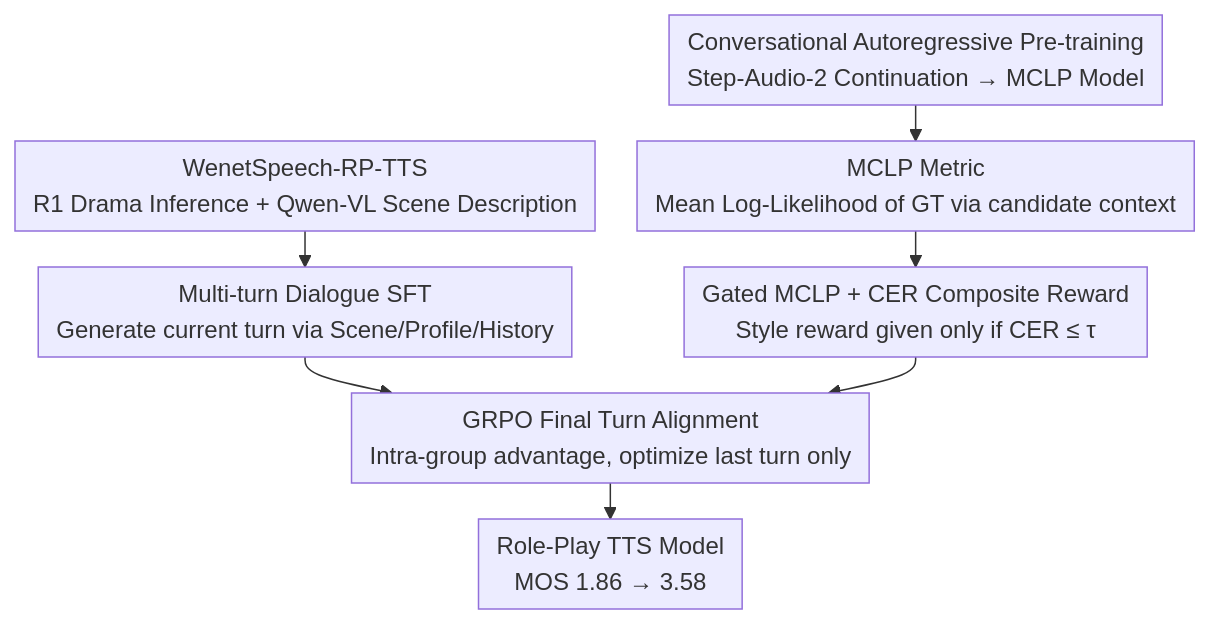
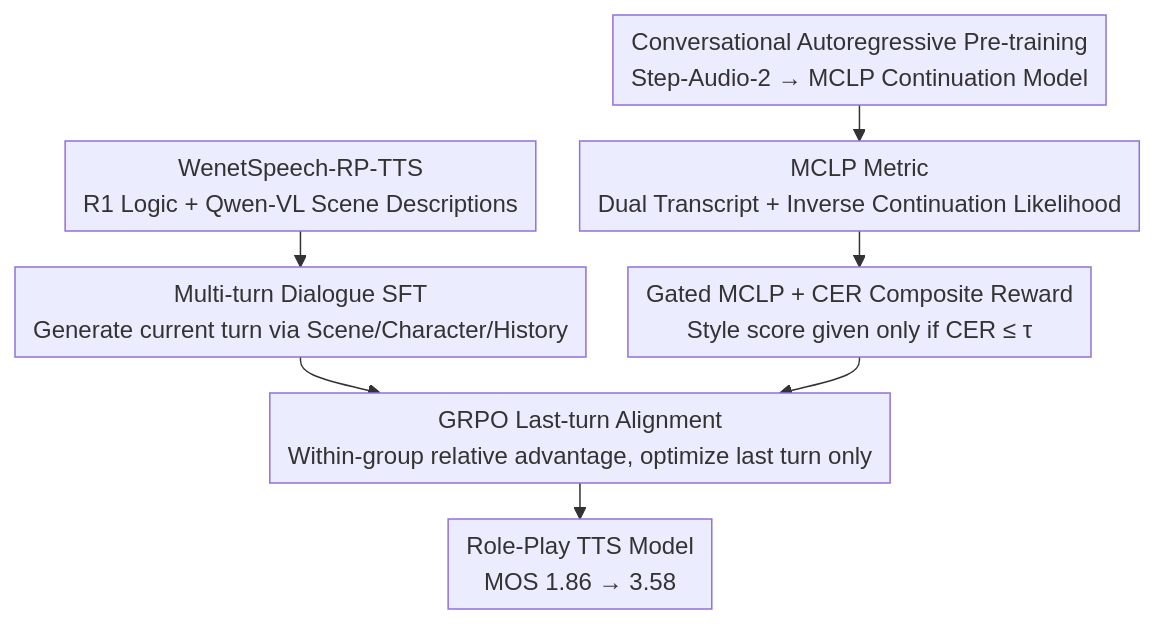
One commit to zhaoyang97/Paper-Notes-en changed the diagram in docs/ICML2026/audio_speech/evaluating_and_rewarding_lalms_for_expressive_role-play_tts_via_mean_continuatio.md. Above: the diagram before and after it, drawn with Mermaid. The commit also changed other lines of this file and 5084 other files, not shown here.

````diff
--- a/docs/ICML2026/audio_speech/evaluating_and_rewarding_lalms_for_expressive_role-play_tts_via_mean_continuatio.md
+++ b/docs/ICML2026/audio_speech/evaluating_and_rewarding_lalms_for_expressive_role-play_tts_via_mean_continuatio.md
@@ -49,10 +49,10 @@
 ```mermaid
 %%{init: {'flowchart': {'rankSpacing': 24, 'nodeSpacing': 28, 'padding': 6, 'wrappingWidth': 400}}}%%
 flowchart TD
-    A["Conversational Autoregressive Pre-training<br/>Step-Audio-2 Continuation → MCLP Model"] --> B["MCLP Metric<br/>Mean Log-Likelihood of GT via candidate context"]
-    C["WenetSpeech-RP-TTS<br/>R1 Drama Inference + Qwen-VL Scene Description"] --> D["Multi-turn Dialogue SFT<br/>Generate current turn via Scene/Profile/History"]
-    B --> E["Gated MCLP + CER Composite Reward<br/>Style reward given only if CER ≤ τ"]
-    D --> F["GRPO Final Turn Alignment<br/>Intra-group advantage, optimize last turn only"]
+    A["Conversational Autoregressive Pre-training<br/>Step-Audio-2 → MCLP Continuation Model"] --> B["MCLP Metric<br/>Dual Transcript + Inverse Continuation Likelihood"]
+    C["WenetSpeech-RP-TTS<br/>R1 Logic + Qwen-VL Scene Descriptions"] --> D["Multi-turn Dialogue SFT<br/>Generate current turn via Scene/Character/History"]
+    B --> E["Gated MCLP + CER Composite Reward<br/>Style score given only if CER ≤ τ"]
+    D --> F["GRPO Last-turn Alignment<br/>Within-group relative advantage, optimize last turn only"]
     E --> F
     F --> G["Role-Play TTS Model<br/>MOS 1.86 → 3.58"]
 ```
````
